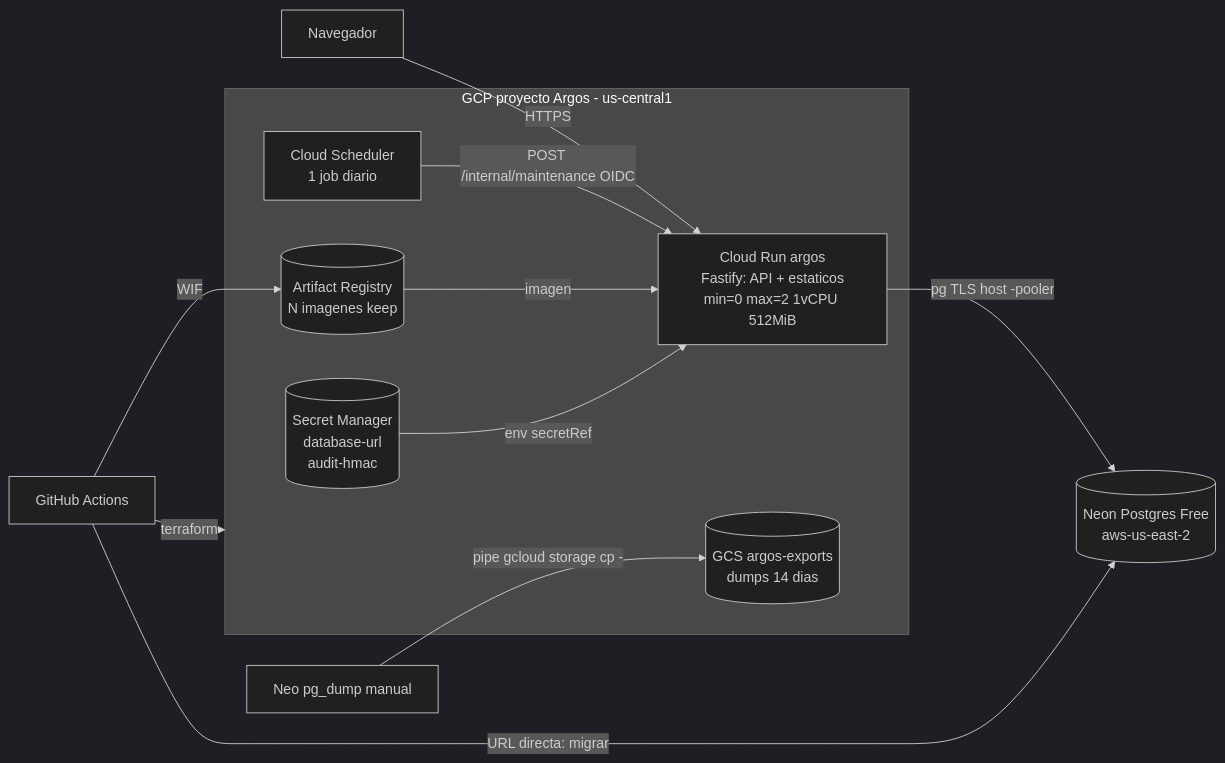
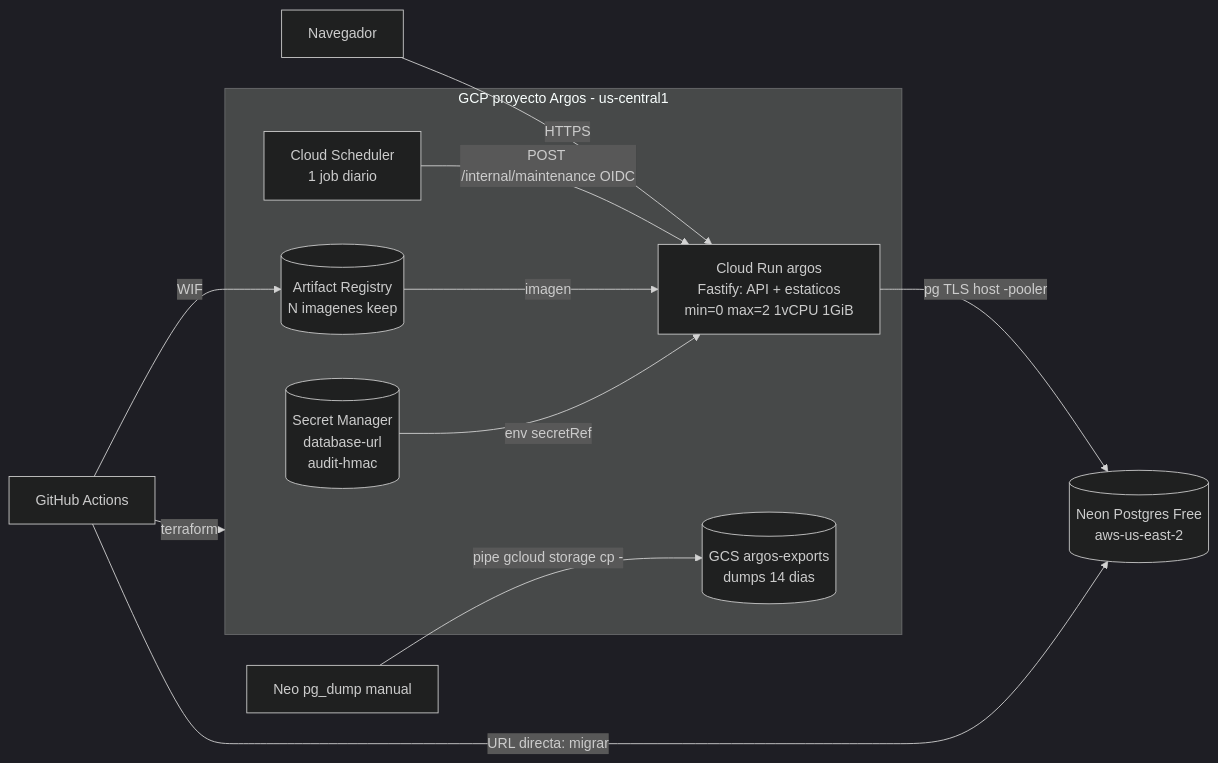
Before and after one commit to andresv17/argos-project: the first of 2 diagrams in specs/003-cloud-gcp/plan.md, drawn with Mermaid (dark theme). The commit also changed other lines of this file and 7 other files, not shown here.

````diff
--- a/specs/003-cloud-gcp/plan.md
+++ b/specs/003-cloud-gcp/plan.md
@@ -9,19 +9,19 @@
 ```mermaid
 flowchart LR
   U[Navegador] -->|HTTPS| CR
   subgraph GCP[GCP proyecto Argos - us-central1]
-    CR[Cloud Run argos<br/>Fastify: API + estaticos<br/>min=0 max=2 1vCPU 512MiB]
+    CR[Cloud Run argos<br/>Fastify: API + estaticos<br/>min=0 max=2 1vCPU 1GiB]
     AR[(Artifact Registry<br/>N imagenes keep)]
     SM[(Secret Manager<br/>database-url<br/>audit-hmac)]
     SCH[Cloud Scheduler<br/>1 job diario]
     GCS[(GCS argos-exports<br/>dumps 14 dias)]
   end
   CR -->|pg TLS host -pooler| NEON[(Neon Postgres Free<br/>aws-us-east-2)]
   SCH -->|POST /internal/maintenance OIDC| CR
   AR -->|imagen| CR
   SM -->|env secretRef| CR
   NEO[Neo pg_dump manual] -->|pipe gcloud storage cp -| GCS
   GH[GitHub Actions] -->|WIF| AR
   GH -->|URL directa: migrar| NEON
   GH -->|terraform| GCP
 ```
````
